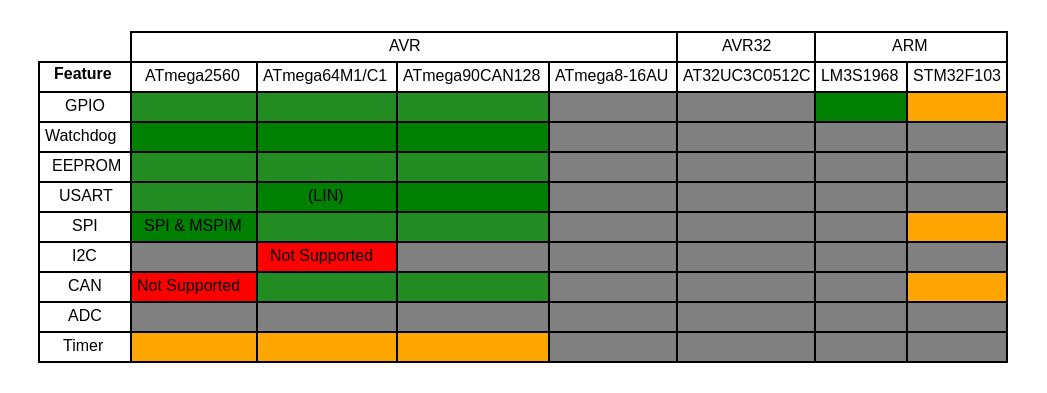
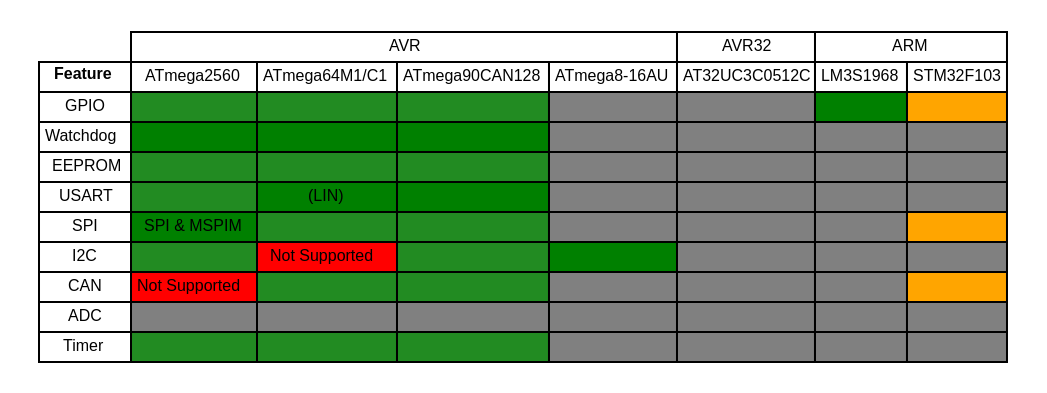
Before and after one commit to Aeronavics/ValleyForge: the diagram in doc/zim-valleyforge/HAL/img/support-table.dot, drawn with Graphviz. The commit also changed 6 other files, not shown here.

```diff
--- a/doc/zim-valleyforge/HAL/img/support-table.dot
+++ b/doc/zim-valleyforge/HAL/img/support-table.dot
@@ -1,123 +1,123 @@
 digraph structs {
 node [shape=plaintext]
 struct1 [label=<
 <FONT POINT-SIZE="8" FACE="sans-serif">
 <TABLE BORDER="0" CELLBORDER="1" CELLSPACING="0" CELLPADDING="2">
 
 <!-- Implemented and Tested: 	green -->
 <!-- Implemented: 		forestgreen -->
 <!-- Work-in-progress: 		orange -->
 <!-- Started: 			skyblue -->
 <!-- Not yet started: 		gray -->
 <!-- Not supported: 		red -->
 
 
 <tr><td color="white"></td>
 	<td colspan="4">AVR</td>
 	<td colspan="1">AVR32</td>
 	<td colspan="2">ARM</td>
 </tr>
 
 <tr><td><b>Feature</b></td>
 	<td>ATmega2560</td>
 	<td>ATmega64M1/C1</td>
 	<td>ATmega90CAN128</td>
 	<td>ATmega8-16AU</td>
 	<td>AT32UC3C0512C</td>
 	<td>LM3S1968</td>
 	<td>STM32F103</td>
 </tr>
 
 <tr><td>GPIO</td>
 	<td bgcolor="forestgreen"></td>
 	<td bgcolor="forestgreen"></td>
 	<td bgcolor="forestgreen"></td>
 	<td bgcolor="gray"></td>
 	<td bgcolor="gray"></td>
 	<td bgcolor="green"></td>
 	<td bgcolor="orange"></td>
 </tr>
 
 <tr><td>Watchdog</td>
 	<td bgcolor="green"></td>
 	<td bgcolor="green"></td>
 	<td bgcolor="green"></td>
 	<td bgcolor="gray"></td>
 	<td bgcolor="gray"></td>
 	<td bgcolor="gray"></td>
 	<td bgcolor="gray"></td>
 </tr>
 
 <tr><td>EEPROM</td>
 	<td bgcolor="forestgreen"></td>
 	<td bgcolor="forestgreen"></td>
 	<td bgcolor="forestgreen"></td>
 	<td bgcolor="gray"></td>
 	<td bgcolor="gray"></td>
 	<td bgcolor="gray"></td>
 	<td bgcolor="gray"></td>
 </tr>
 
 <tr><td>USART</td>
 	<td bgcolor="forestgreen"></td>
 	<td bgcolor="green">(LIN)</td>
 	<td bgcolor="green"></td>
 	<td bgcolor="gray"></td>
 	<td bgcolor="gray"></td>
 	<td bgcolor="gray"></td>
 	<td bgcolor="gray"></td>
 </tr>
 
 <tr><td>SPI</td>
 	<td bgcolor="green">SPI &amp; MSPIM</td>
 	<td bgcolor="forestgreen"></td>
 	<td bgcolor="forestgreen"></td>
 	<td bgcolor="gray"></td>
 	<td bgcolor="gray"></td>
 	<td bgcolor="gray"></td>
 	<td bgcolor="orange"></td>
 </tr>
 
 <tr><td>I2C</td>
-	<td bgcolor="gray"></td>
+	<td bgcolor="forestgreen"></td>
 	<td bgcolor="red">Not Supported</td>
-	<td bgcolor="gray"></td>
-	<td bgcolor="gray"></td>
+	<td bgcolor="forestgreen"></td>
+	<td bgcolor="green"></td>
 	<td bgcolor="gray"></td>
 	<td bgcolor="gray"></td>
 	<td bgcolor="gray"></td>
 </tr>
 
 <tr><td>CAN</td>
 	<td bgcolor="red">Not Supported</td>
 	<td bgcolor="forestgreen"></td>
 	<td bgcolor="forestgreen"></td>
 	<td bgcolor="gray"></td>
 	<td bgcolor="gray"></td>
 	<td bgcolor="gray"></td>
 	<td bgcolor="orange"></td>
 </tr>
 
 <tr><td>ADC</td>
 	<td bgcolor="gray"></td>
 	<td bgcolor="gray"></td>
 	<td bgcolor="gray"></td>
 	<td bgcolor="gray"></td>
 	<td bgcolor="gray"></td>
 	<td bgcolor="gray"></td>
 	<td bgcolor="gray"></td>
 </tr>
 
 <tr><td>Timer</td>
-	<td bgcolor="orange"></td>
-	<td bgcolor="orange"></td>
-	<td bgcolor="orange"></td>
+	<td bgcolor="forestgreen"></td>
+	<td bgcolor="forestgreen"></td>
+	<td bgcolor="forestgreen"></td>
 	<td bgcolor="gray"></td>
 	<td bgcolor="gray"></td>
 	<td bgcolor="gray"></td>
 	<td bgcolor="gray"></td>
 </tr>
 
 </TABLE></FONT>
 >];
 }
```
